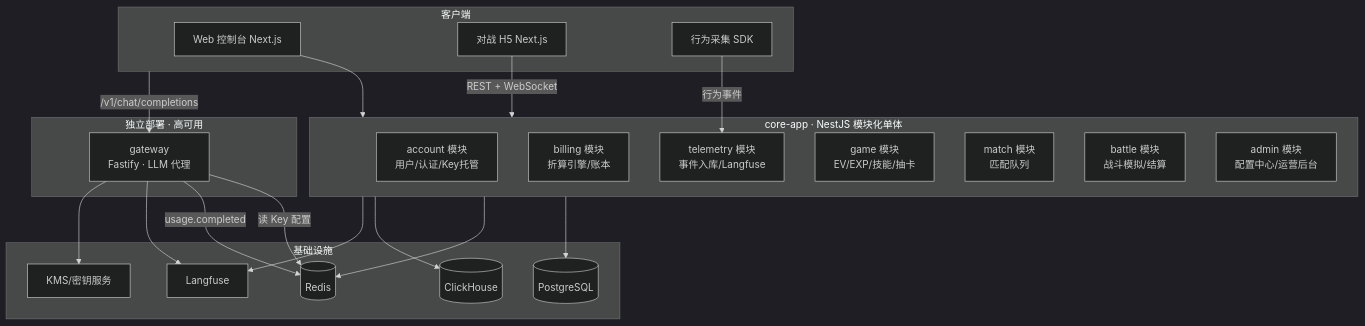
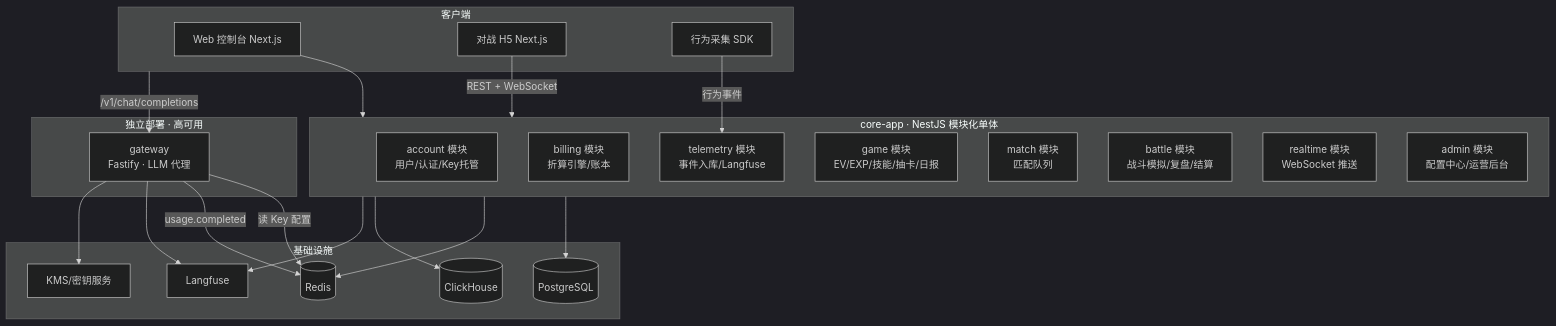
Before and after one commit to YuzuRain/Mogwai: the first of 3 diagrams in docs/architecture.md, drawn with Mermaid (dark theme). The commit also changed other lines of this file and 1 other file, not shown here.

First line of the commit message:
docs: align tech & architecture design with core-gameplay product doc v0.2

````diff
--- a/docs/architecture.md
+++ b/docs/architecture.md
@@ -21,40 +21,41 @@
 ```mermaid
 flowchart TB
     subgraph clients [客户端]
       WEB[Web 控制台 Next.js]
       H5[对战 H5 Next.js]
       SDK[行为采集 SDK]
     end
 
     subgraph edge [独立部署 · 高可用]
       GW[gateway<br/>Fastify · LLM 代理]
     end
 
     subgraph core [core-app · NestJS 模块化单体]
       ACC[account 模块<br/>用户/认证/Key托管]
       BILL[billing 模块<br/>折算引擎/账本]
       TELE[telemetry 模块<br/>事件入库/Langfuse]
-      GAME[game 模块<br/>EV/EXP/技能/抽卡]
+      GAME[game 模块<br/>EV/EXP/技能/抽卡/日报]
       MATCH[match 模块<br/>匹配队列]
-      BATTLE[battle 模块<br/>战斗模拟/结算]
+      BATTLE[battle 模块<br/>战斗模拟/复盘/结算]
+      RT[realtime 模块<br/>WebSocket 推送]
       ADMIN[admin 模块<br/>配置中心/运营后台]
     end
 
     subgraph infra [基础设施]
       PG[(PostgreSQL)]
       RD[(Redis)]
       CH[(ClickHouse)]
       LF[Langfuse]
       KMS[KMS/密钥服务]
     end
 
     WEB --> core
     H5 -->|REST + WebSocket| core
     SDK -->|行为事件| TELE
     clients -->|/v1/chat/completions| GW
     GW -->|读 Key 配置| RD
     GW -->|usage.completed| RD
     GW --> LF
     GW --> KMS
     core --> PG & RD & CH & LF
 ```
````
